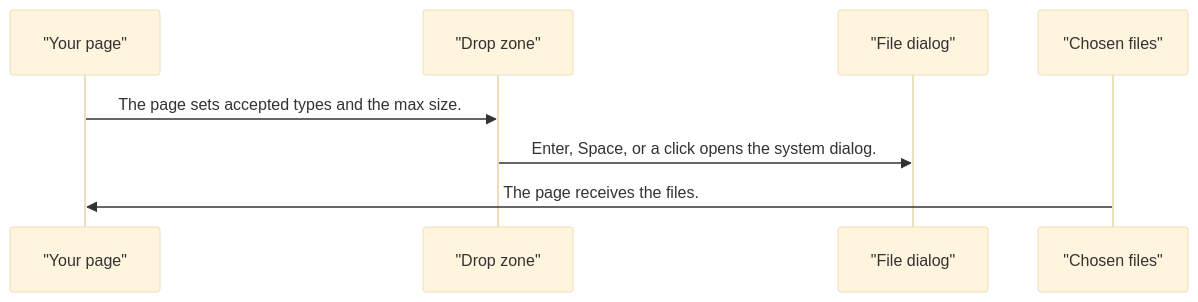
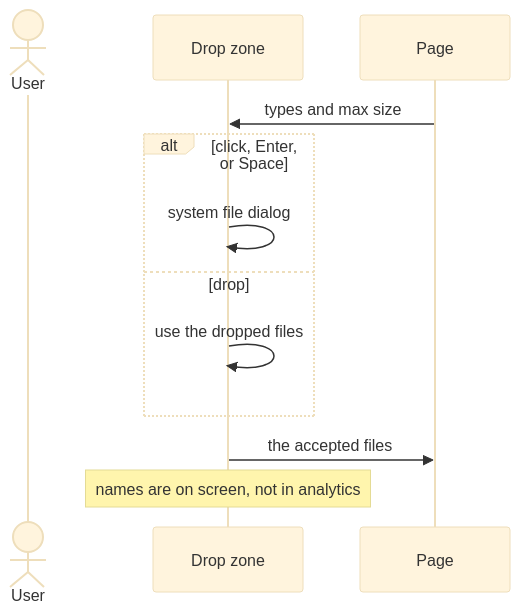
The second of 3 diagrams in projects/pixel-ui/src/lib/pixel-file-upload/DESIGN.md (RajshekharBorate/pixel-ui), drawn with Mermaid (base theme) before and after one commit. The commit also changed other lines of this file and 73 other files, not shown here.

Commit message:
Explain who owns each value and what each flow does in every component and service design.

````diff
--- a/projects/pixel-ui/src/lib/pixel-file-upload/DESIGN.md
+++ b/projects/pixel-ui/src/lib/pixel-file-upload/DESIGN.md
@@ -49,10 +62,14 @@
 ```mermaid
 sequenceDiagram
-  participant page as "Your page"
-  participant zone as "Drop zone"
-  participant picker as "File dialog"
-  participant list as "Chosen files"
-  page->>zone: The page sets accepted types and the max size.
-  zone->>picker: Enter, Space, or a click opens the system dialog.
-  list->>page: The page receives the files.
+  actor User
+  participant Zone as Drop zone
+  participant Page
+  Page->>Zone: types and max size
+  alt click, Enter, or Space
+    Zone->>Zone: system file dialog
+  else drop
+    Zone->>Zone: use the dropped files
+  end
+  Zone->>Page: the accepted files
+  Note over Zone: names are on screen, not in analytics
 ```
````
